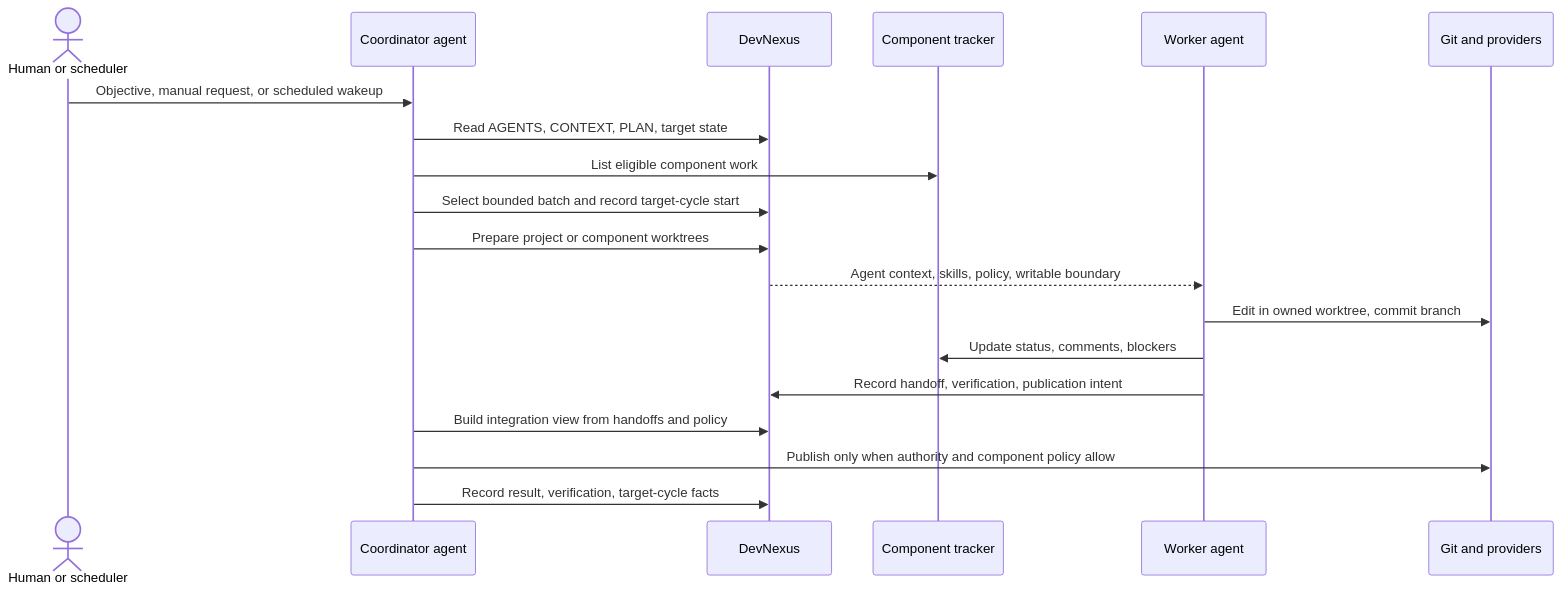
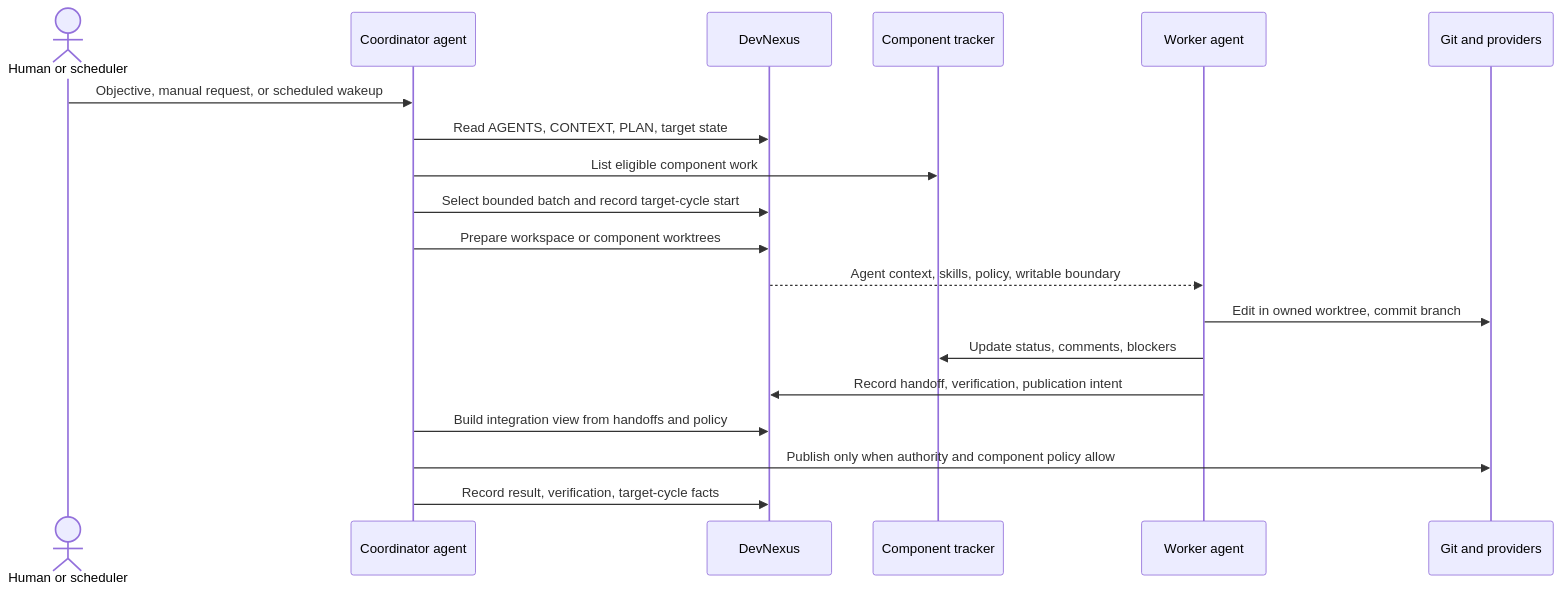
One commit to Evref-BL/DevNexus changed the second of 4 diagrams in docs/dev-nexus-operating-model.md. Above: the diagram before and after it, drawn with Mermaid. The commit also changed other lines of this file and 7 other files, not shown here.

````diff
--- a/docs/dev-nexus-operating-model.md
+++ b/docs/dev-nexus-operating-model.md
@@ -75,22 +75,22 @@
 ```mermaid
 sequenceDiagram
   actor Human as Human or scheduler
   participant Coordinator as Coordinator agent
   participant DevNexus as DevNexus
   participant Tracker as Component tracker
   participant Worker as Worker agent
   participant Git as Git and providers
 
   Human->>Coordinator: Objective, manual request, or scheduled wakeup
   Coordinator->>DevNexus: Read AGENTS, CONTEXT, PLAN, target state
   Coordinator->>Tracker: List eligible component work
   Coordinator->>DevNexus: Select bounded batch and record target-cycle start
-  Coordinator->>DevNexus: Prepare project or component worktrees
+  Coordinator->>DevNexus: Prepare workspace or component worktrees
   DevNexus-->>Worker: Agent context, skills, policy, writable boundary
   Worker->>Git: Edit in owned worktree, commit branch
   Worker->>Tracker: Update status, comments, blockers
   Worker->>DevNexus: Record handoff, verification, publication intent
   Coordinator->>DevNexus: Build integration view from handoffs and policy
   Coordinator->>Git: Publish only when authority and component policy allow
   Coordinator->>DevNexus: Record result, verification, target-cycle facts
 ```
````
